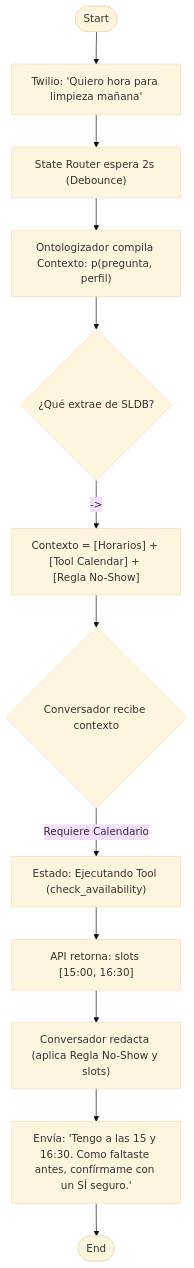
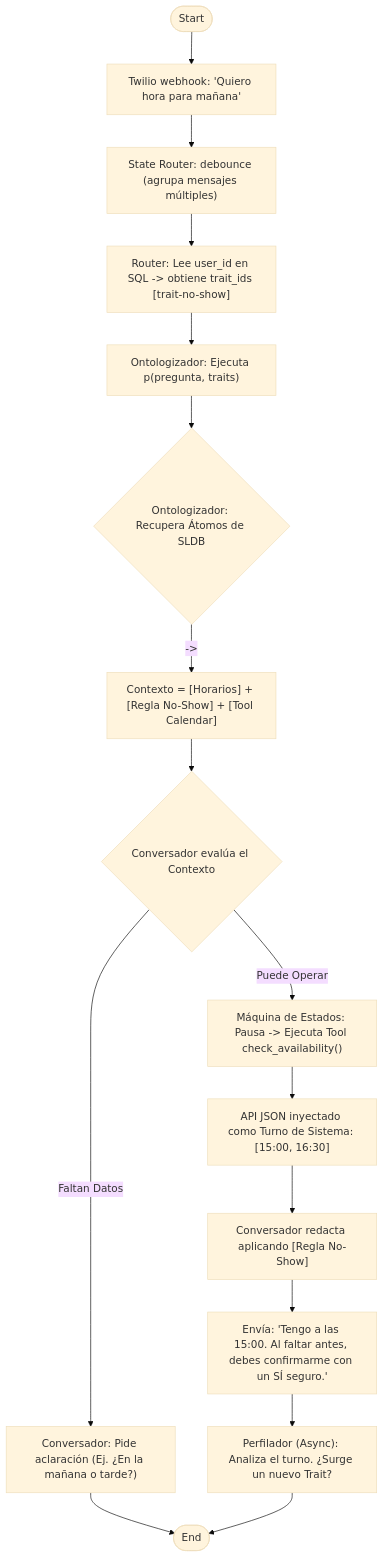
One commit to jpcosec/conversational-agent-arch changed the diagram in desk/spec2viz/build/activity.example-flow-scheduling.mmd. Above: the diagram before and after it, drawn with Mermaid (base theme). The commit also changed 4 other files, not shown here.

Commit message:
docs: exact atom structure and complex activity flow for scheduling example

```diff
--- a/desk/spec2viz/build/activity.example-flow-scheduling.mmd
+++ b/desk/spec2viz/build/activity.example-flow-scheduling.mmd
@@ -1,24 +1,31 @@
 flowchart TD
     __start([Start])
-    whatsapp_in["Twilio: 'Quiero hora para limpieza mañana'"]
-    buffering["State Router espera 2s (Debounce)"]
-    ontologizador["Ontologizador compila Contexto: p(pregunta, perfil)"]
-    match_kb{"¿Qué extrae de SLDB?"}
-    context_ready["Contexto = [Horarios] + [Tool Calendar] + [Regla No-Show]"]
-    conversador_eval{"Conversador recibe contexto"}
-    call_tool["Estado: Ejecutando Tool (check_availability)"]
-    tool_return["API retorna: slots [15:00, 16:30]"]
-    conversador_draft["Conversador redacta (aplica Regla No-Show y slots)"]
-    send_twilio["Envía: 'Tengo a las 15 y 16:30. Como faltaste antes, confírmame con un SÍ seguro.'"]
+    whatsapp_in["Twilio webhook: 'Quiero hora para mañana'"]
+    buffering["State Router: debounce (agrupa mensajes múltiples)"]
+    read_profile["Router: Lee user_id en SQL -#gt; obtiene trait_ids [trait-no-show]"]
+    ontologizador["Ontologizador: Ejecuta p(pregunta, traits)"]
+    sldb_fetch{"Ontologizador: Recupera Átomos de SLDB"}
+    compile_context["Contexto = [Horarios] + [Regla No-Show] + [Tool Calendar]"]
+    conversador_eval{"Conversador evalúa el Contexto"}
+    clarify["Conversador: Pide aclaración (Ej. ¿En la mañana o tarde?)"]
+    call_tool["Máquina de Estados: Pausa -#gt; Ejecuta Tool check_availability()"]
+    tool_return["API JSON inyectado como Turno de Sistema: [15:00, 16:30]"]
+    conversador_draft["Conversador redacta aplicando [Regla No-Show]"]
+    send_twilio["Envía: 'Tengo a las 15:00. Al faltar antes, debes confirmarme con un SÍ seguro.'"]
+    perfilador_async["Perfilador (Async): Analiza el turno. ¿Surge un nuevo Trait?"]
     __end([End])
     __start --> whatsapp_in
     whatsapp_in --> buffering
-    buffering --> ontologizador
-    ontologizador --> match_kb
-    match_kb -->|"-#gt;"| context_ready
-    context_ready --> conversador_eval
-    conversador_eval -->|"Requiere Calendario"| call_tool
+    buffering --> read_profile
+    read_profile --> ontologizador
+    ontologizador --> sldb_fetch
+    sldb_fetch -->|"-#gt;"| compile_context
+    compile_context --> conversador_eval
+    conversador_eval -->|"Faltan Datos"| clarify
+    conversador_eval -->|"Puede Operar"| call_tool
+    clarify --> __end
     call_tool --> tool_return
     tool_return --> conversador_draft
     conversador_draft --> send_twilio
-    send_twilio --> __end
+    send_twilio --> perfilador_async
+    perfilador_async --> __end
```
